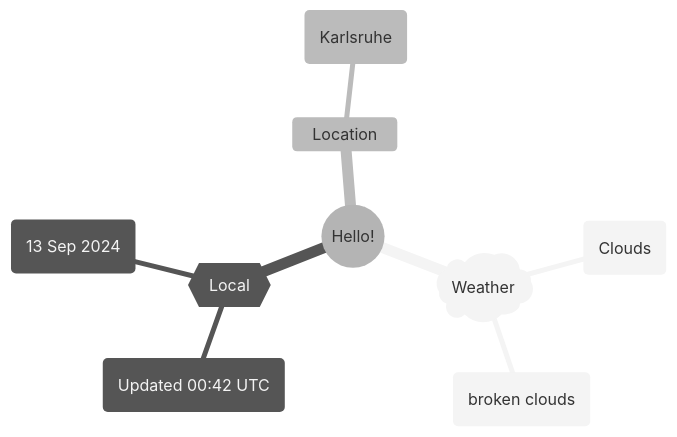
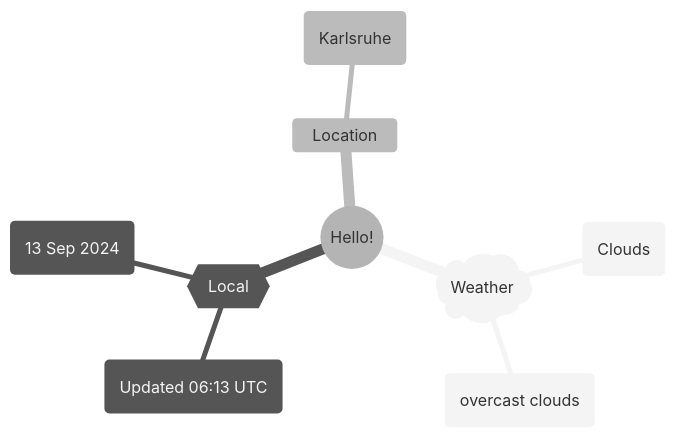
The first of 2 diagrams in README.md (Xosrov/Xosrov), drawn with Mermaid (neutral theme) before and after one commit.

Commit message:
[bot] updated images

````diff
--- a/README.md
+++ b/README.md
@@ -3,12 +3,12 @@
 ```mermaid
 mindmap
   root((Hello!))
     )Weather(
         (Clouds)
-        (broken clouds)
+        (overcast clouds)
     {{Local}}
-        (Updated 00:42 UTC)
+        (Updated 06:13 UTC)
         (13 Sep 2024)
     Location
         (Karlsruhe)
 ```
````
